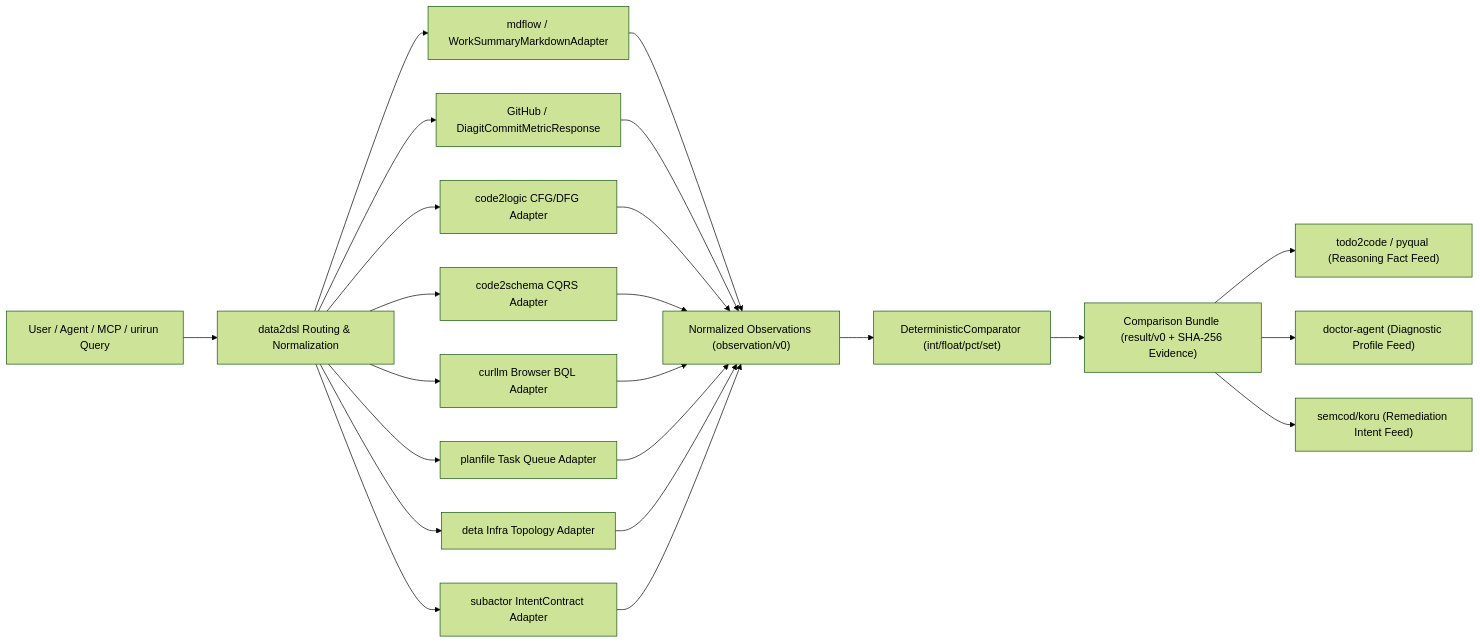
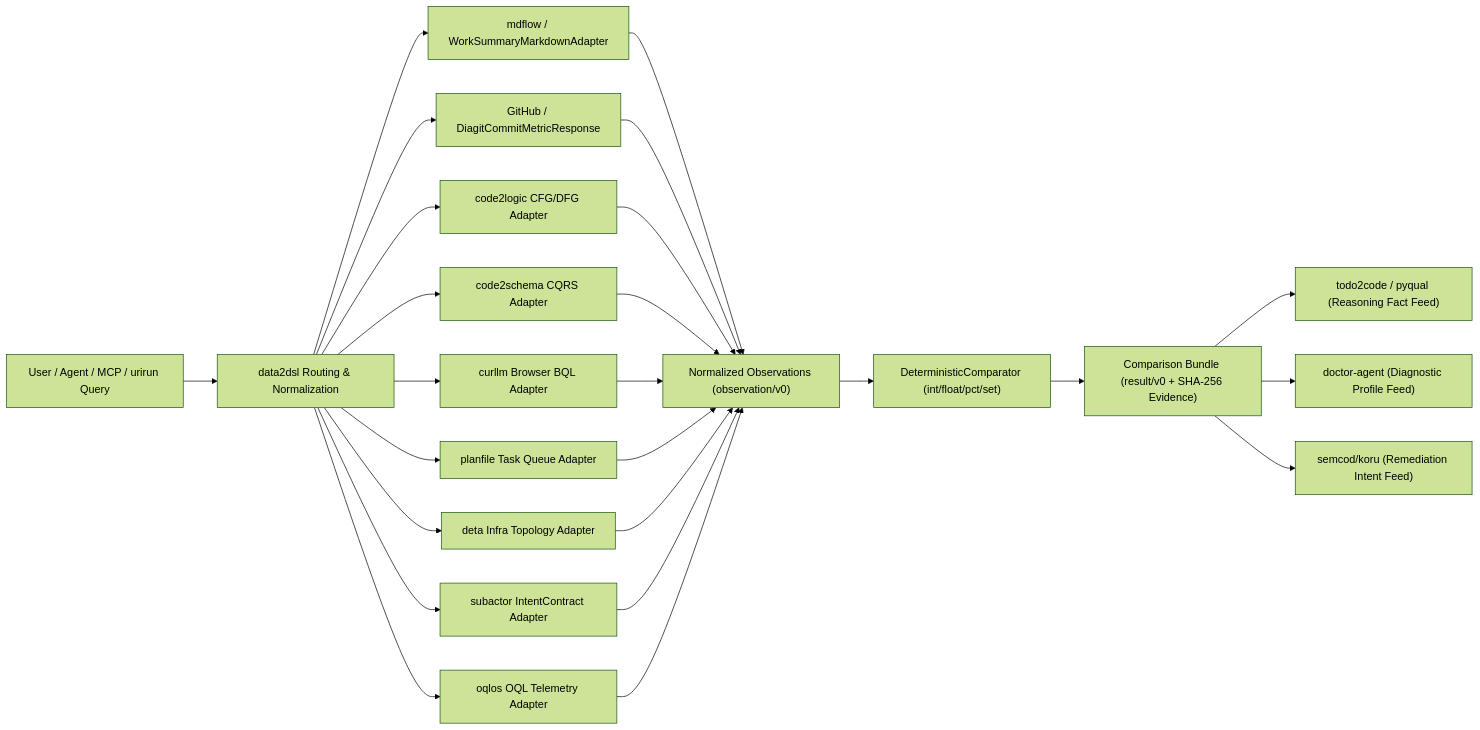
Before and after one commit to autogrammar/data2dsl: the diagram in docs/CAPABILITY_MAP.md, drawn with Mermaid (forest theme). The commit also changed other lines of this file and 7 other files, not shown here.

Commit message:
docs(telemetry): update capability map and research note for OQL adapter (ticket-047)

````diff
--- a/docs/CAPABILITY_MAP.md
+++ b/docs/CAPABILITY_MAP.md
@@ -84,29 +85,31 @@
 ```mermaid
 flowchart LR
     Q["User / Agent / MCP / urirun Query"] --> R["data2dsl Routing & Normalization"]
 
     R --> M["mdflow / WorkSummaryMarkdownAdapter"]
     R --> H["GitHub / DiagitCommitMetricResponse"]
     R --> L["code2logic CFG/DFG Adapter"]
     R --> S["code2schema CQRS Adapter"]
     R --> B["curllm Browser BQL Adapter"]
     R --> P["planfile Task Queue Adapter"]
     R --> D["deta Infra Topology Adapter"]
     R --> I["subactor IntentContract Adapter"]
+    R --> OQL["oqlos OQL Telemetry Adapter"]
 
     M --> O["Normalized Observations (observation/v0)"]
     H --> O
     L --> O
     S --> O
     B --> O
     P --> O
     D --> O
     I --> O
+    OQL --> O
 
     O --> C["DeterministicComparator (int/float/pct/set)"]
     C --> F["Comparison Bundle (result/v0 + SHA-256 Evidence)"]
 
     F --> X["todo2code / pyqual (Reasoning Fact Feed)"]
     F --> DOC["doctor-agent (Diagnostic Profile Feed)"]
     F --> KORU["semcod/koru (Remediation Intent Feed)"]
 ```
````
